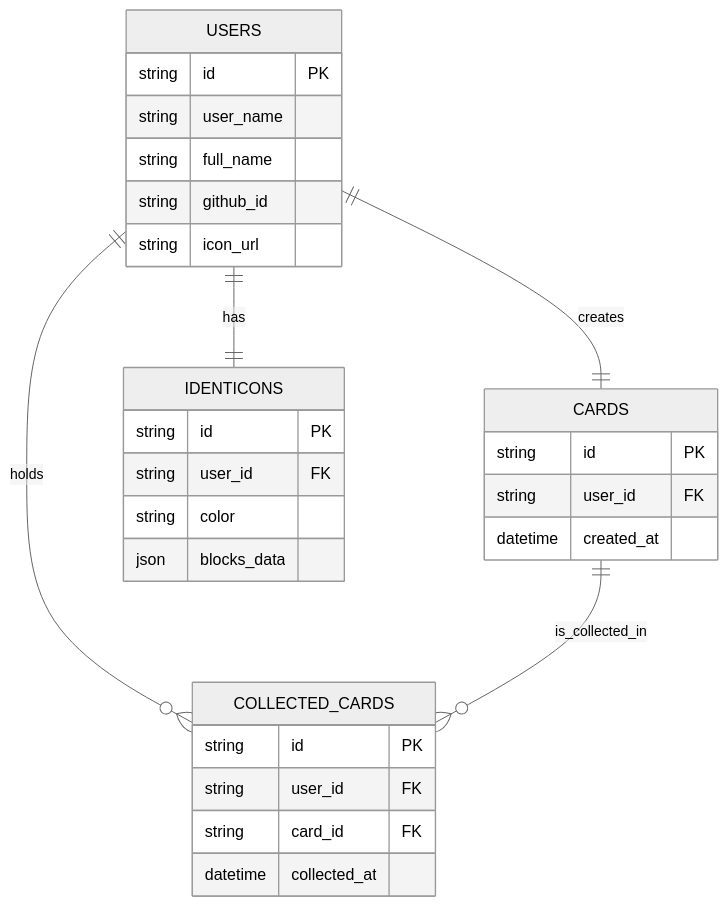
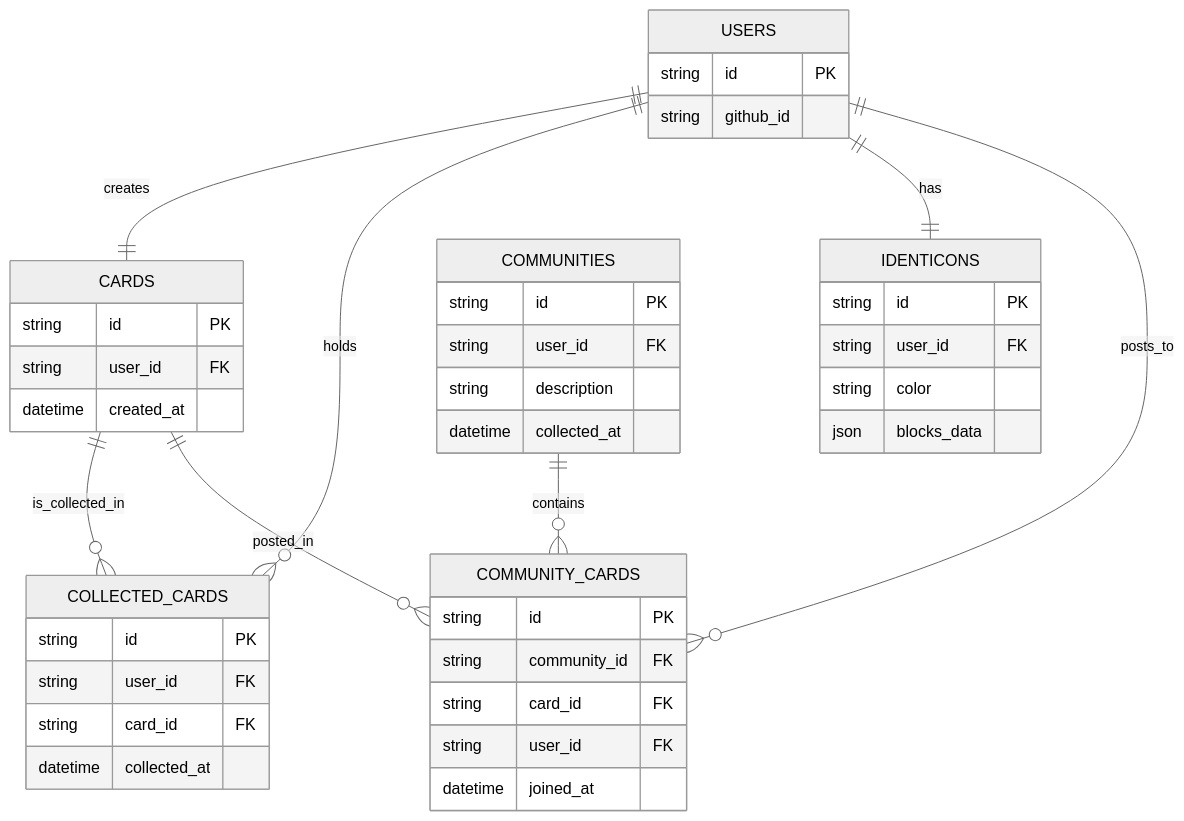
Before and after one commit to furarico/octo-deck-api: the diagram in docs/er.md, drawn with Mermaid (neutral theme).

Commit message:
ER図にコミュニティ追加，ユーザ更新

````diff
--- a/docs/er.md
+++ b/docs/er.md
@@ -3,35 +3,50 @@
 ```mermaid
 erDiagram
     USERS {
         string id PK
-        string user_name
-        string full_name
         string github_id
-        string icon_url
     }
 
     CARDS {
         string id PK
         string user_id FK
         datetime created_at
     }
 
     COLLECTED_CARDS {
         string id PK
         string user_id FK
         string card_id FK
         datetime collected_at
     }
 
     IDENTICONS {
         string id PK
         string user_id FK
         string color
         json blocks_data
     }
 
+    COMMUNITIES {
+        string id PK
+        string user_id FK
+        string description
+        datetime collected_at
+    }
+
+    COMMUNITY_CARDS {
+    string id PK
+    string community_id FK
+    string card_id FK
+    string user_id FK
+    datetime joined_at
+}
+
     USERS ||--|| CARDS : creates
     USERS ||--o{ COLLECTED_CARDS : holds
     CARDS ||--o{ COLLECTED_CARDS : is_collected_in
     USERS ||--|| IDENTICONS : has
+    USERS ||--o{ COMMUNITY_CARDS : posts_to
+    COMMUNITIES ||--o{ COMMUNITY_CARDS : contains
+    CARDS ||--o{ COMMUNITY_CARDS : posted_in
 ```
````
